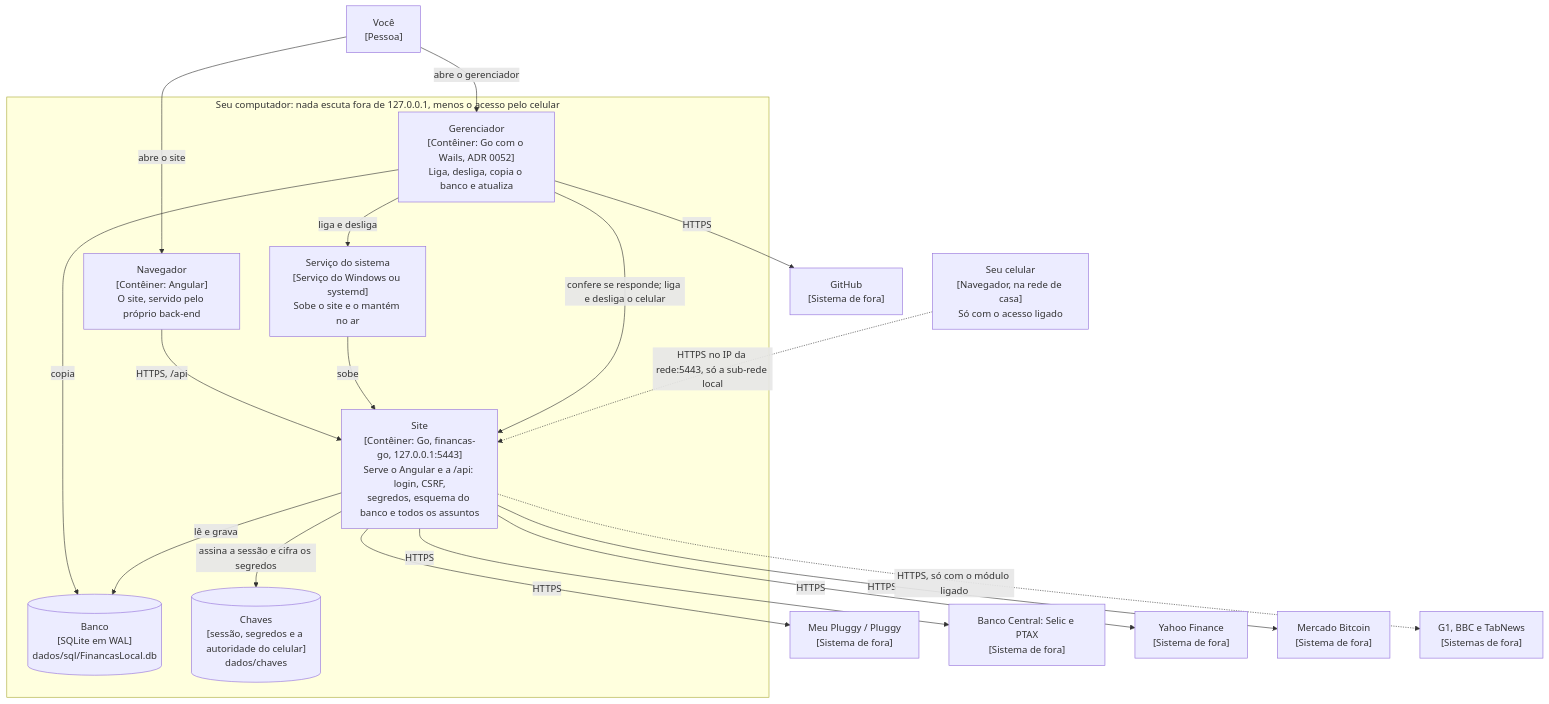
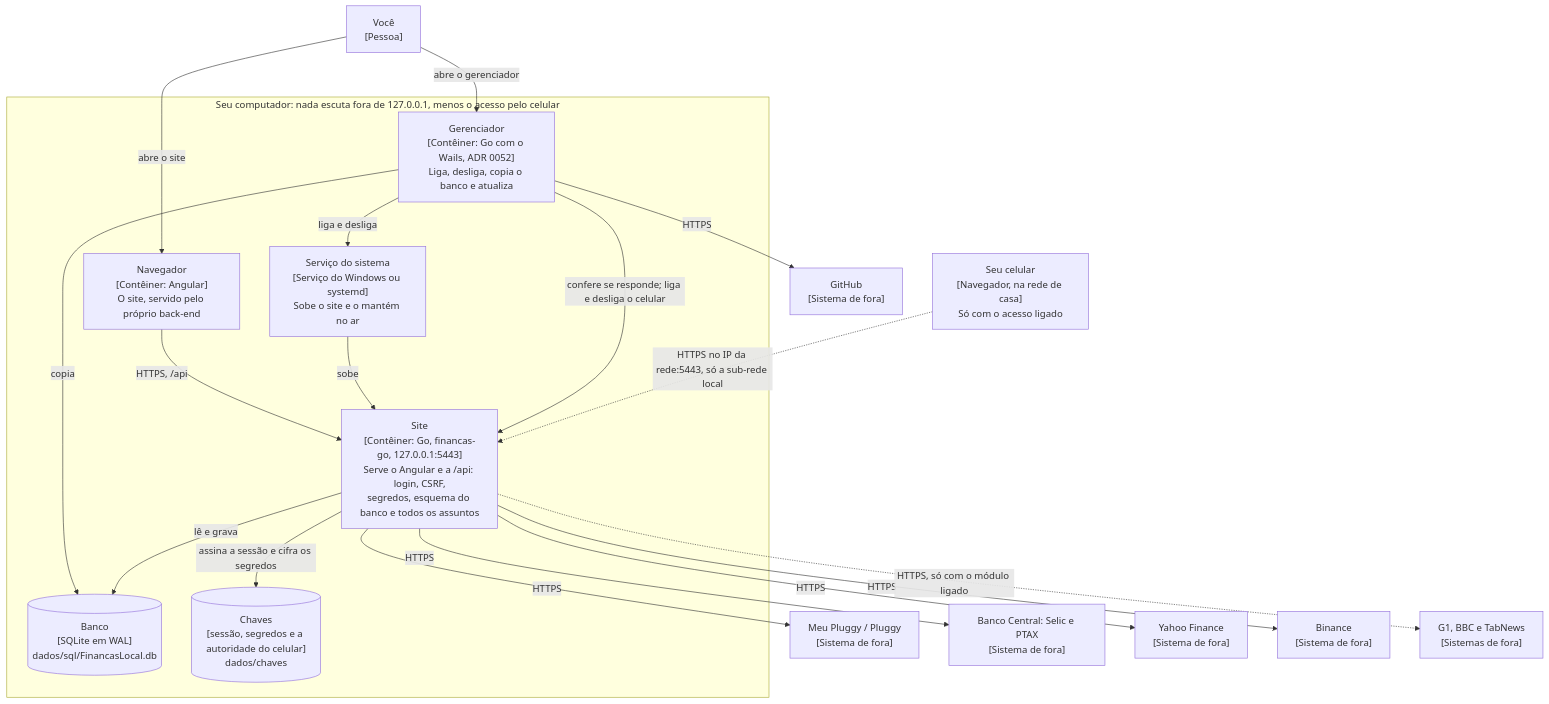
One commit to LucasDesenvGit/financas-local changed the second of 6 diagrams in docs/ARQUITETURA.md. Above: the diagram before and after it, drawn with Mermaid. The commit also changed other lines of this file and 37 other files, not shown here.

First line of the commit message:
fix(investimentos): cotação de cripto pela Binance, no lugar do Mercado Bitcoin (#762)

````diff
--- a/docs/ARQUITETURA.md
+++ b/docs/ARQUITETURA.md
@@ -37,39 +37,39 @@
 ```mermaid
 flowchart TB
     pessoa["Você<br/>[Pessoa]"]
 
     subgraph computador["Seu computador: nada escuta fora de 127.0.0.1, menos o acesso pelo celular"]
         navegador["Navegador<br/>[Contêiner: Angular]<br/>O site, servido pelo próprio back-end"]
         servico["Serviço do sistema<br/>[Serviço do Windows ou systemd]<br/>Sobe o site e o mantém no ar"]
         gerenciador["Gerenciador<br/>[Contêiner: Go com o Wails, ADR 0052]<br/>Liga, desliga, copia o banco e atualiza"]
         site["Site<br/>[Contêiner: Go, financas-go, 127.0.0.1:5443]<br/>Serve o Angular e a /api: login, CSRF,<br/>segredos, esquema do banco e todos os assuntos"]
         banco[("Banco<br/>[SQLite em WAL]<br/>dados/sql/FinancasLocal.db")]
         chaves[("Chaves<br/>[sessão, segredos e a autoridade do celular]<br/>dados/chaves")]
     end
 
     celular["Seu celular<br/>[Navegador, na rede de casa]<br/>Só com o acesso ligado"]
 
     pluggy["Meu Pluggy / Pluggy<br/>[Sistema de fora]"]
     bcb["Banco Central: Selic e PTAX<br/>[Sistema de fora]"]
     cotacoes["Yahoo Finance<br/>[Sistema de fora]"]
-    mercado["Mercado Bitcoin<br/>[Sistema de fora]"]
+    mercado["Binance<br/>[Sistema de fora]"]
     github["GitHub<br/>[Sistema de fora]"]
     noticias["G1, BBC e TabNews<br/>[Sistemas de fora]"]
 
     pessoa -- "abre o site" --> navegador
     pessoa -- "abre o gerenciador" --> gerenciador
     navegador -- "HTTPS, /api" --> site
     servico -- "sobe" --> site
     gerenciador -- "liga e desliga" --> servico
     gerenciador -- "confere se responde; liga e desliga o celular" --> site
     gerenciador -- "copia" --> banco
     site -- "lê e grava" --> banco
     site -- "assina a sessão e cifra os segredos" --> chaves
     site -- "HTTPS" --> pluggy
     site -- "HTTPS" --> bcb
     site -- "HTTPS" --> cotacoes
     site -- "HTTPS" --> mercado
     site -.->|"HTTPS, só com o módulo ligado"| noticias
     gerenciador -- "HTTPS" --> github
     celular -.->|"HTTPS no IP da rede:5443, só a sub-rede local"| site
 ```
````
